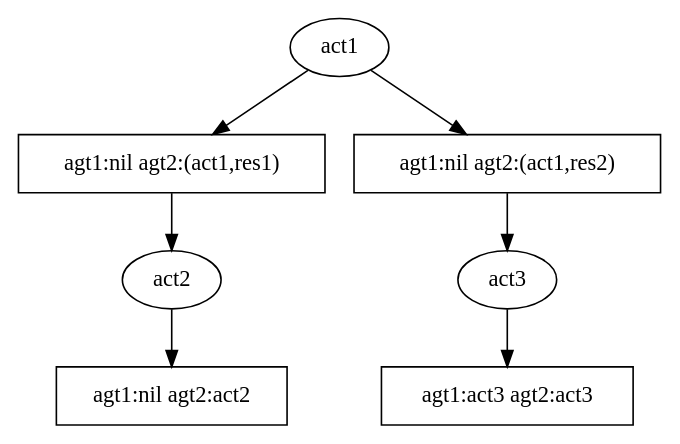
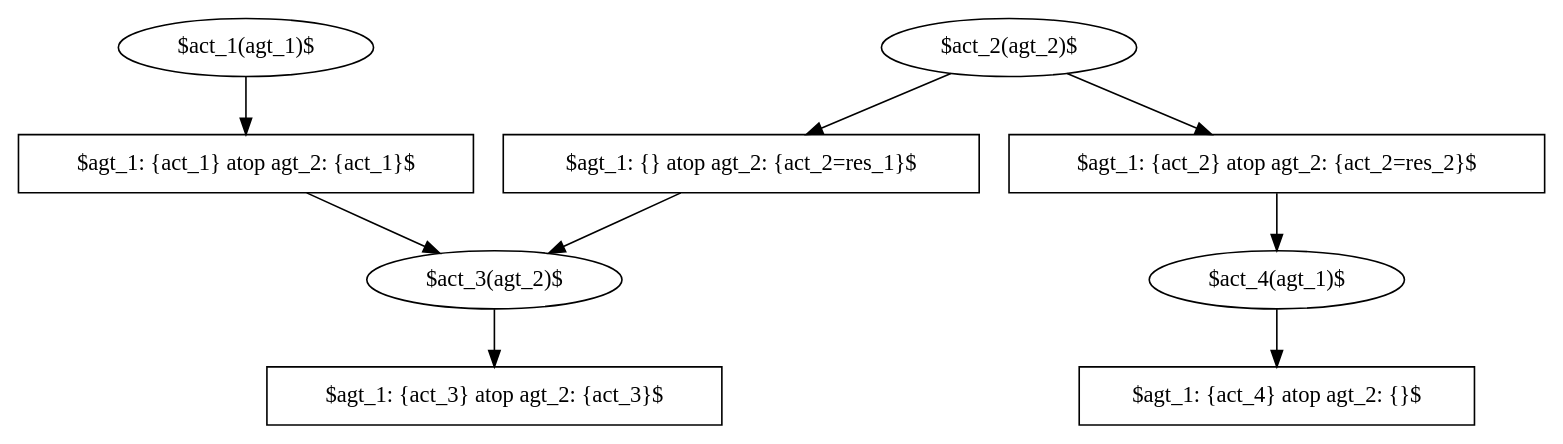
One commit to rfk/pgrad changed the diagram in writings/coop_golog/aaai08/listings/je_example.dot. Above: the diagram before and after it, drawn with Graphviz. The commit also changed 1 other file, not shown here.

```diff
--- a/writings/coop_golog/aaai08/listings/je_example.dot
+++ b/writings/coop_golog/aaai08/listings/je_example.dot
@@ -1,18 +1,23 @@
 digraph {
-  n1 [label="act1",shape="ellipse"];
-  n2 [label="agt1:nil agt2:(act1,res1)",shape="box"];
-  n3 [label="agt1:nil agt2:(act1,res2)",shape="box"];
+  n1 [label="$act_1(agt_1)$",shape="ellipse"];
+  n2 [label="$agt_1: \{act_1\} \atop agt_2: \{act_1\}$",shape="box"];
   n1 -> n2;
-  n1 -> n3;
 
-  n4 [label="act2",shape="ellipse"];
-  n5 [label="agt1:nil agt2:act2",shape="box"];
-  n4 -> n5;
+  n3 [label="$act_2(agt_2)$",shape="ellipse"];
+  n4 [label="$agt_1: \{\} \atop agt_2: \{act_2=res_1\}$",shape="box"];
+  n5 [label="$agt_1: \{act_2\} \atop agt_2: \{act_2=res_2\}$",shape="box"];
+  n3 -> n4;
+  n3 -> n5;
 
-  n6 [label="act3",shape="ellipse"];
-  n7 [label="agt1:act3 agt2:act3",shape="box"];
+  n6 [label="$act_3(agt_2)$",shape="ellipse"];
+  n7 [label="$agt_1: \{act_3\} \atop agt_2: \{act_3\}$",shape="box"];
   n6 -> n7;
 
-  n2 -> n4;
-  n3 -> n6;
+  n8 [label="$act_4(agt_1)$",shape="ellipse"];
+  n9 [label="$agt_1: \{act_4\} \atop agt_2: \{\}$",shape="box"];
+  n8 -> n9;
+
+  n2 -> n6;
+  n4 -> n6;
+  n5 -> n8;
 }
```
